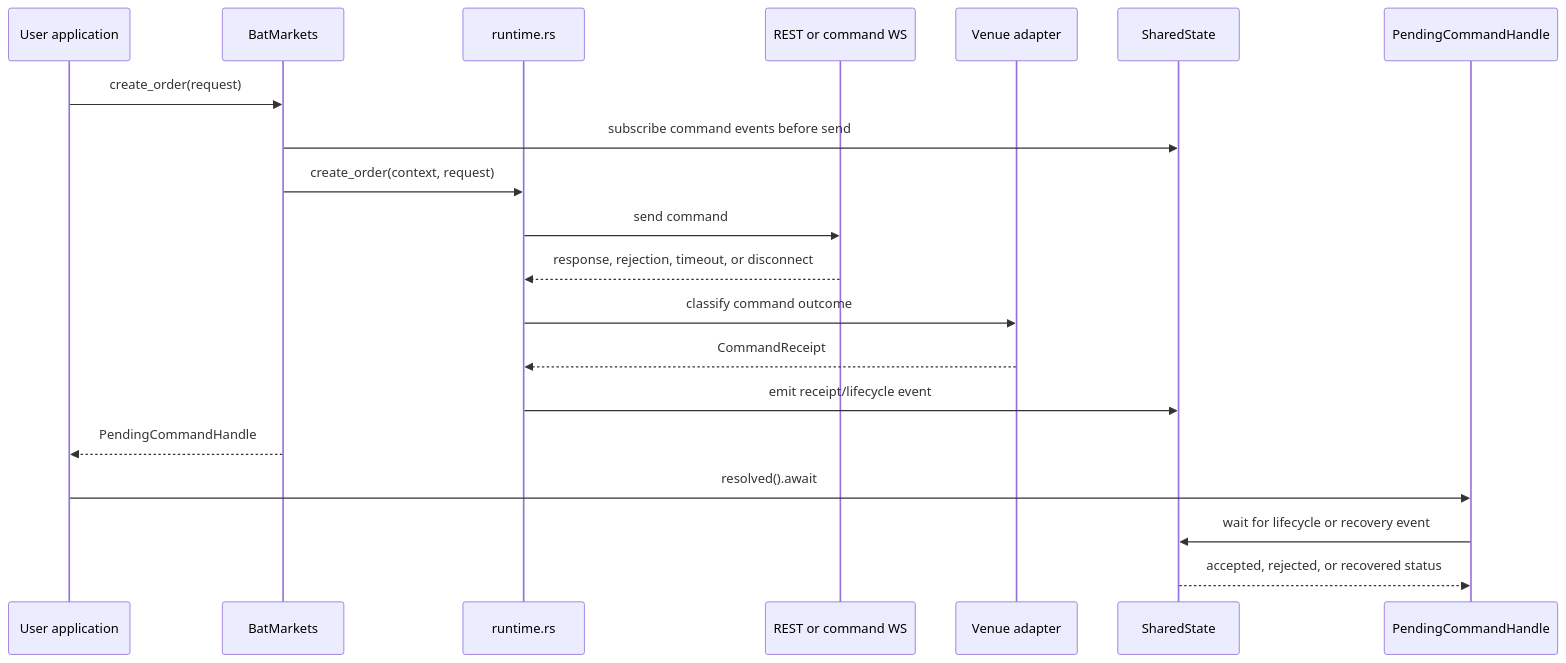
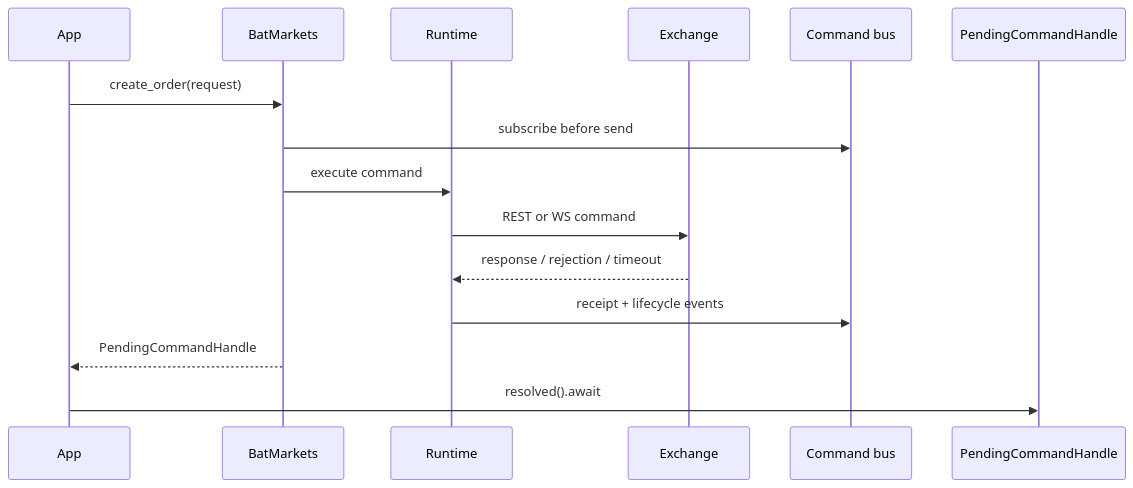
Before and after one commit to bat-markets/bat-markets: the fifth of 5 diagrams in docs/architecture.md, drawn with Mermaid. The commit also changed other lines of this file and 16 other files, not shown here.

````diff
--- a/docs/architecture.md
+++ b/docs/architecture.md
@@ -469,23 +239,18 @@
 ```mermaid
 sequenceDiagram
-    participant App as User application
+    participant App
     participant Root as BatMarkets
-    participant Runtime as runtime.rs
-    participant Transport as REST or command WS
-    participant Adapter as Venue adapter
-    participant Shared as SharedState
+    participant Runtime
+    participant Exchange
+    participant Bus as Command bus
     participant Handle as PendingCommandHandle
 
     App->>Root: create_order(request)
-    Root->>Shared: subscribe command events before send
-    Root->>Runtime: create_order(context, request)
-    Runtime->>Transport: send command
-    Transport-->>Runtime: response, rejection, timeout, or disconnect
-    Runtime->>Adapter: classify command outcome
-    Adapter-->>Runtime: CommandReceipt
-    Runtime->>Shared: emit receipt/lifecycle event
+    Root->>Bus: subscribe before send
+    Root->>Runtime: execute command
+    Runtime->>Exchange: REST or WS command
+    Exchange-->>Runtime: response / rejection / timeout
+    Runtime->>Bus: receipt + lifecycle events
     Root-->>App: PendingCommandHandle
     App->>Handle: resolved().await
-    Handle->>Shared: wait for lifecycle or recovery event
-    Shared-->>Handle: accepted, rejected, or recovered status
 ```
````
